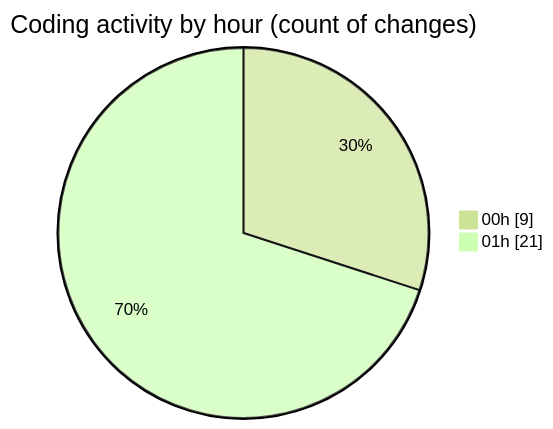
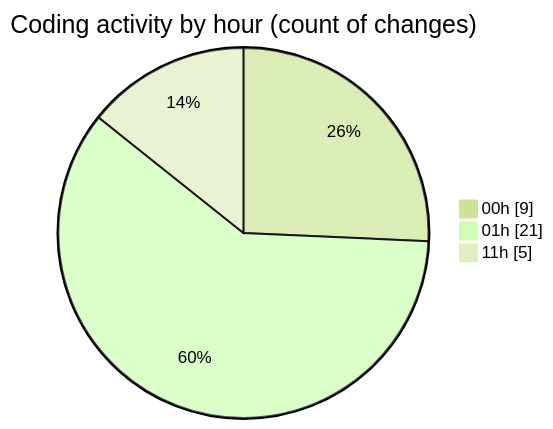
The second of 2 diagrams in 2025-10-25/javacript/README.md (nxtqubesakshisongat/code-tracking), drawn with Mermaid (forest theme) before and after one commit. The commit also changed other lines of this file and 1 other file, not shown here.

````diff
--- a/2025-10-25/javacript/README.md
+++ b/2025-10-25/javacript/README.md
@@ -28,6 +28,7 @@
 ```mermaid
 pie showData
 title Coding activity by hour (count of changes)
 "00h" : 9
 "01h" : 21
+"11h" : 5
 ```
````
